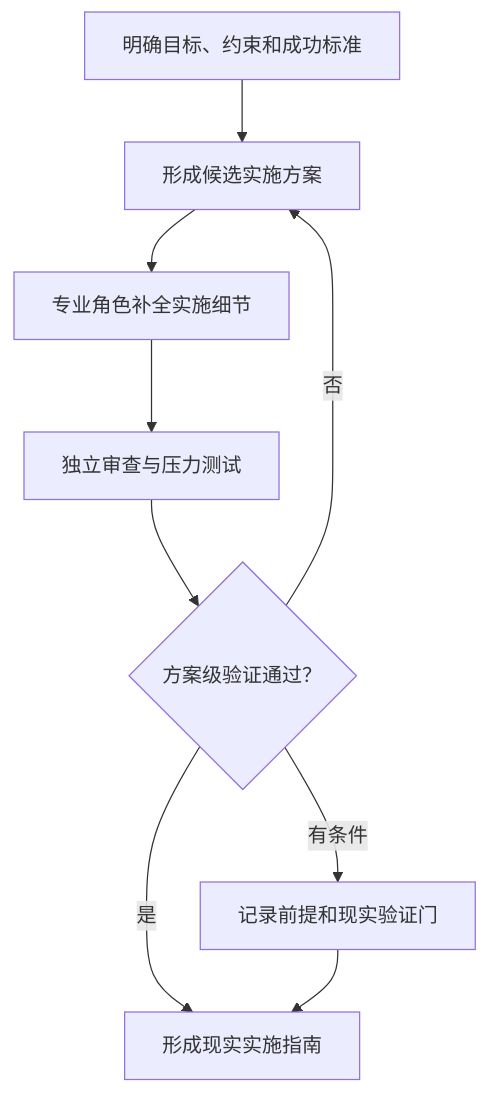
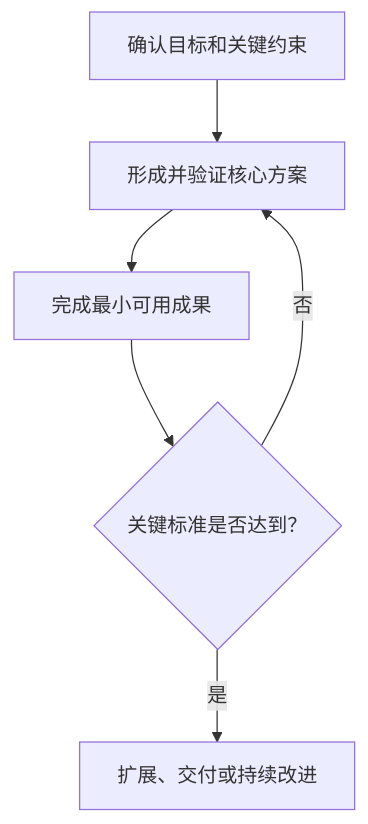
One commit to yantaolu/goal-orchestrator changed the first of 3 diagrams in assets/orchestration-report-template.md. Above: the diagram before and after it, drawn with Mermaid. The commit also changed other lines of this file and 9 other files, not shown here.

````diff
--- a/assets/orchestration-report-template.md
+++ b/assets/orchestration-report-template.md
@@ -30,11 +75,8 @@
 ```mermaid
 flowchart TD
-    A["明确目标、约束和成功标准"] --> B["形成候选实施方案"]
-    B --> C["专业角色补全实施细节"]
-    C --> D["独立审查与压力测试"]
-    D --> E{"方案级验证通过？"}
-    E -- "否" --> B
-    E -- "有条件" --> F["记录前提和现实验证门"]
-    E -- "是" --> G["形成现实实施指南"]
-    F --> G
+    A["确认目标和关键约束"] --> B["形成并验证核心方案"]
+    B --> C["完成最小可用成果"]
+    C --> D{"关键标准是否达到？"}
+    D -- "否" --> B
+    D -- "是" --> E["扩展、交付或持续改进"]
 ```
````
